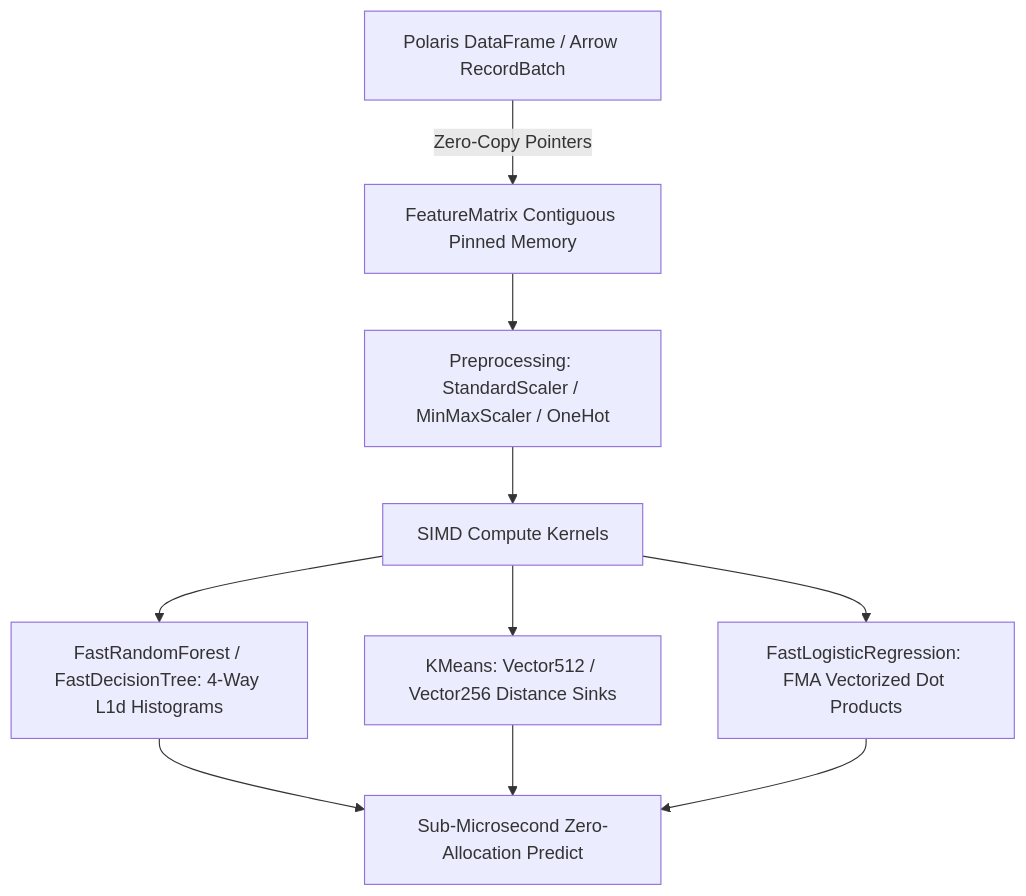
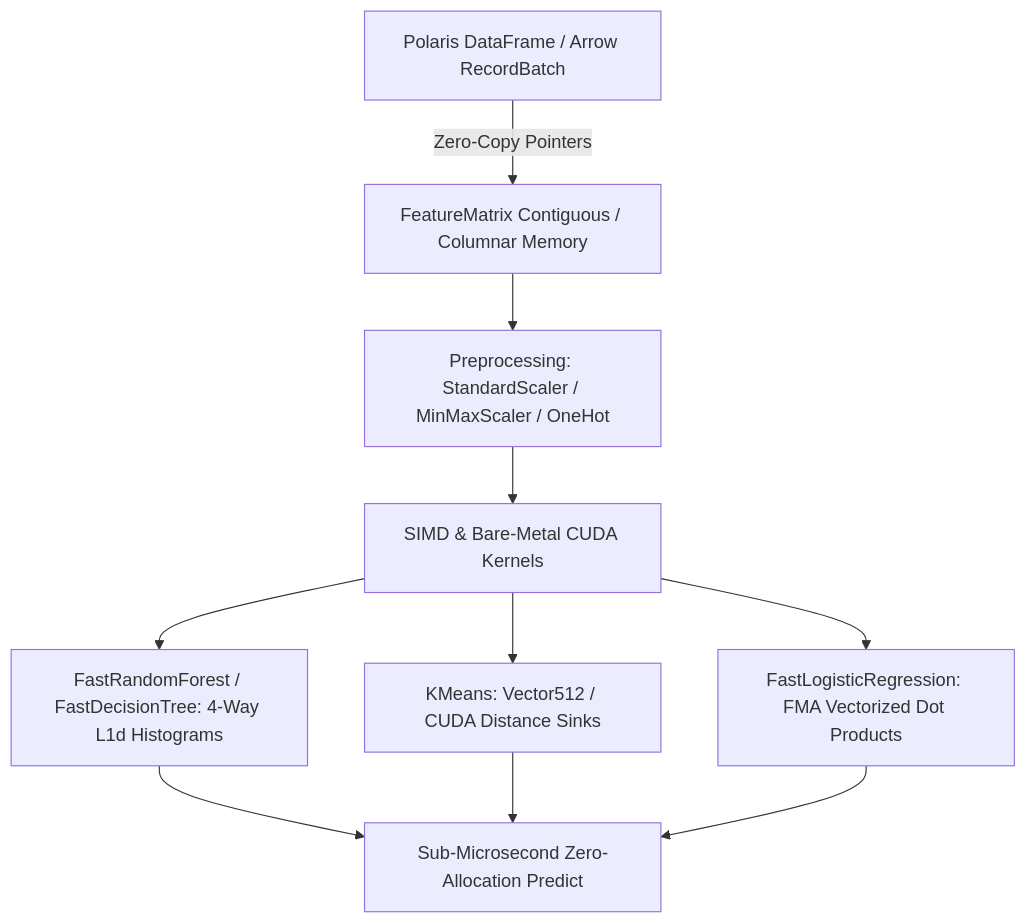
Before and after one commit to ian-cowley/Glacier.ML: the diagram in README.md, drawn with Mermaid. The commit also changed other lines of this file and 20 other files, not shown here.

Commit message:
Release v1.1.0: writable columnar transforms, CUDA context & ring-buffer safety, Native AOT & OIDC CI

````diff
--- a/README.md
+++ b/README.md
@@ -51,12 +51,12 @@
 ```mermaid
 graph TD
-    A[Polaris DataFrame / Arrow RecordBatch] -->|Zero-Copy Pointers| B[FeatureMatrix Contiguous Pinned Memory]
+    A[Polaris DataFrame / Arrow RecordBatch] -->|Zero-Copy Pointers| B[FeatureMatrix Contiguous / Columnar Memory]
     B --> C[Preprocessing: StandardScaler / MinMaxScaler / OneHot]
-    C --> D[SIMD Compute Kernels]
+    C --> D[SIMD & Bare-Metal CUDA Kernels]
     D --> E1[FastRandomForest / FastDecisionTree: 4-Way L1d Histograms]
-    D --> E2[KMeans: Vector512 / Vector256 Distance Sinks]
+    D --> E2[KMeans: Vector512 / CUDA Distance Sinks]
     D --> E3[FastLogisticRegression: FMA Vectorized Dot Products]
     E1 --> F[Sub-Microsecond Zero-Allocation Predict]
     E2 --> F
     E3 --> F
 ```
````
